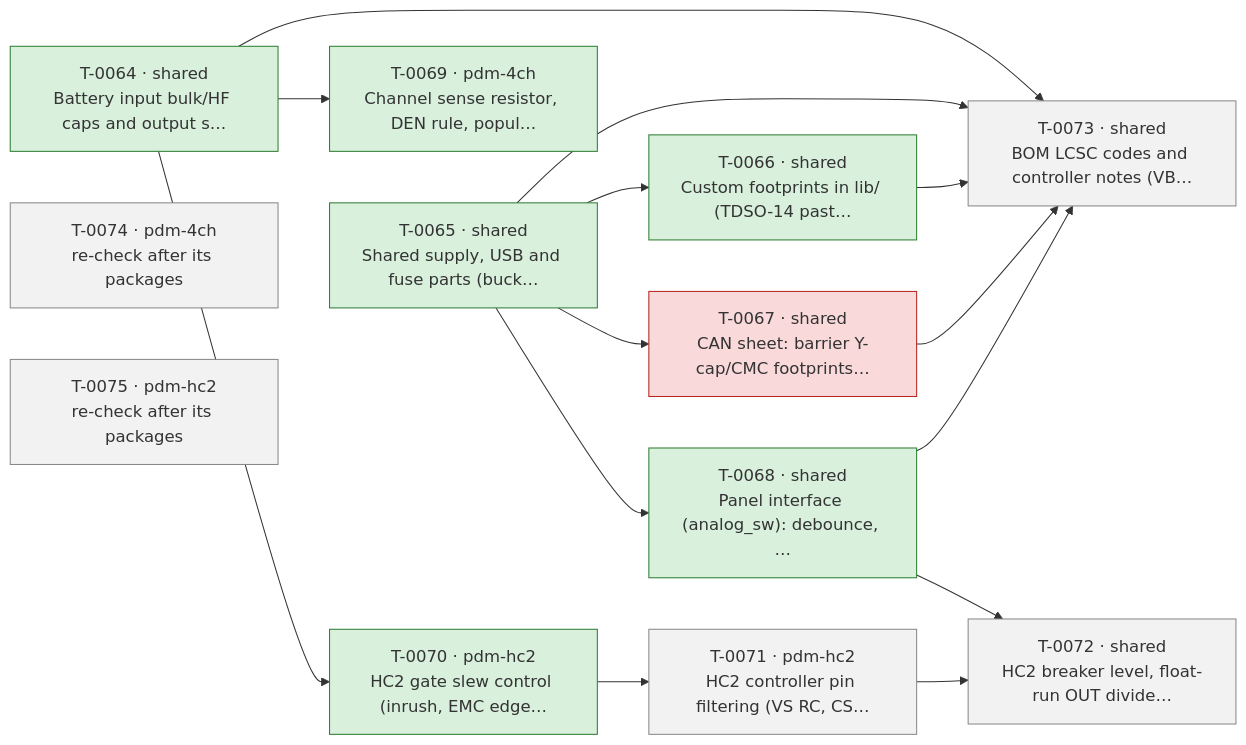
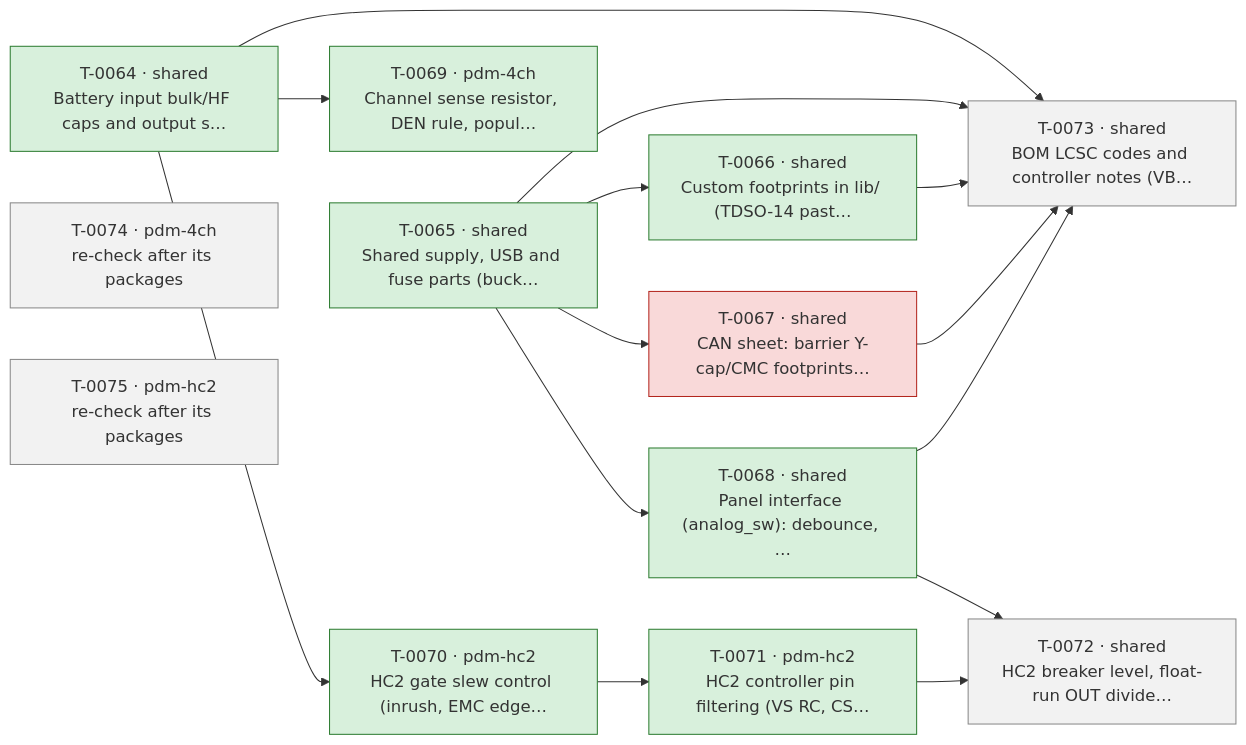
The diagram in docs/ROADMAP.md (plektra/ESP32-PDM), drawn with Mermaid before and after one commit. The commit also changed other lines of this file and 3 other files, not shown here.

````diff
--- a/docs/ROADMAP.md
+++ b/docs/ROADMAP.md
@@ -18,32 +18,32 @@
 ```mermaid
 flowchart LR
   T0064["T-0064 · shared<br/>Battery input bulk/HF caps and output s…"]:::done
   T0065["T-0065 · shared<br/>Shared supply, USB and fuse parts (buck…"]:::done
   T0066["T-0066 · shared<br/>Custom footprints in lib/ (TDSO-14 past…"]:::done
   T0067["T-0067 · shared<br/>CAN sheet: barrier Y-cap/CMC footprints…"]:::failed
   T0068["T-0068 · shared<br/>Panel interface (analog_sw): debounce, …"]:::done
   T0069["T-0069 · pdm-4ch<br/>Channel sense resistor, DEN rule, popul…"]:::done
   T0070["T-0070 · pdm-hc2<br/>HC2 gate slew control (inrush, EMC edge…"]:::done
-  T0071["T-0071 · pdm-hc2<br/>HC2 controller pin filtering (VS RC, CS…"]:::ready
+  T0071["T-0071 · pdm-hc2<br/>HC2 controller pin filtering (VS RC, CS…"]:::done
   T0072["T-0072 · shared<br/>HC2 breaker level, float-run OUT divide…"]:::ready
   T0073["T-0073 · shared<br/>BOM LCSC codes and controller notes (VB…"]:::ready
   T0074["T-0074 · pdm-4ch<br/>re-check after its packages"]:::ready
   T0075["T-0075 · pdm-hc2<br/>re-check after its packages"]:::ready
   T0065 --> T0066
   T0065 --> T0067
   T0065 --> T0068
   T0064 --> T0069
   T0064 --> T0070
   T0070 --> T0071
   T0068 --> T0072
   T0071 --> T0072
   T0064 --> T0073
   T0065 --> T0073
   T0066 --> T0073
   T0067 --> T0073
   T0068 --> T0073
   classDef done fill:#d8f0dc,stroke:#2e7d32
   classDef running fill:#d6e6ff,stroke:#1f5fbf
   classDef ready fill:#f2f2f2,stroke:#888
   classDef failed fill:#f9d9d9,stroke:#b3261e
 ```
````
